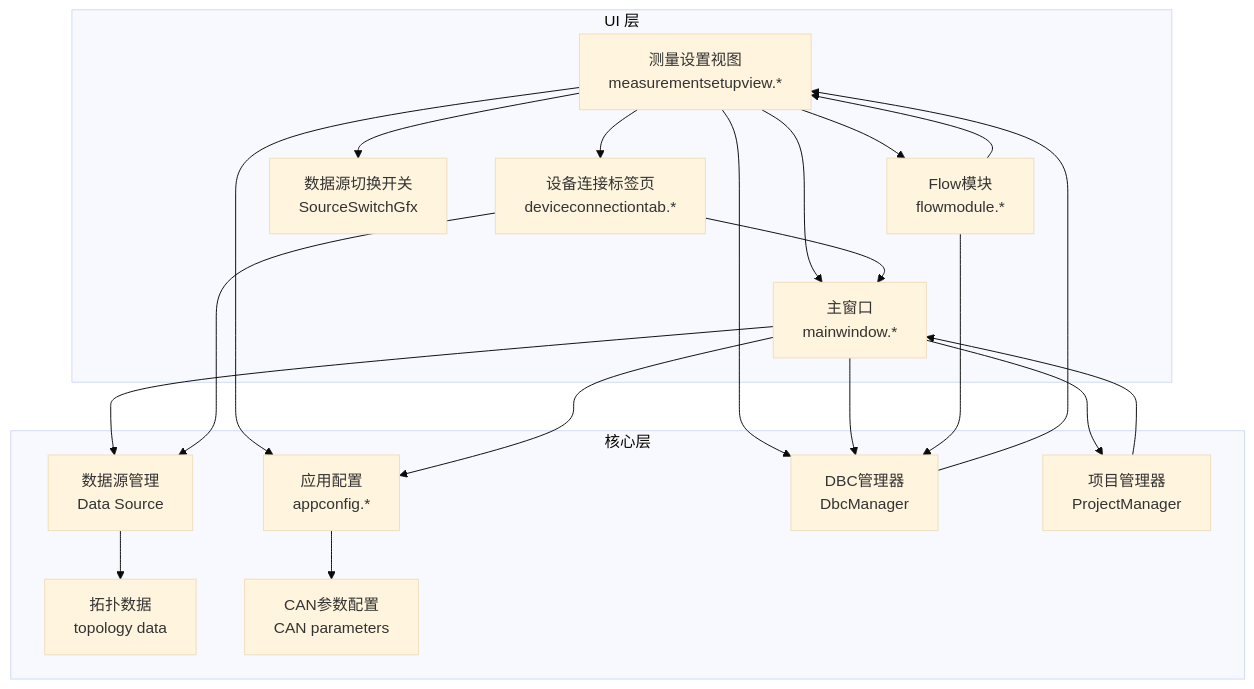
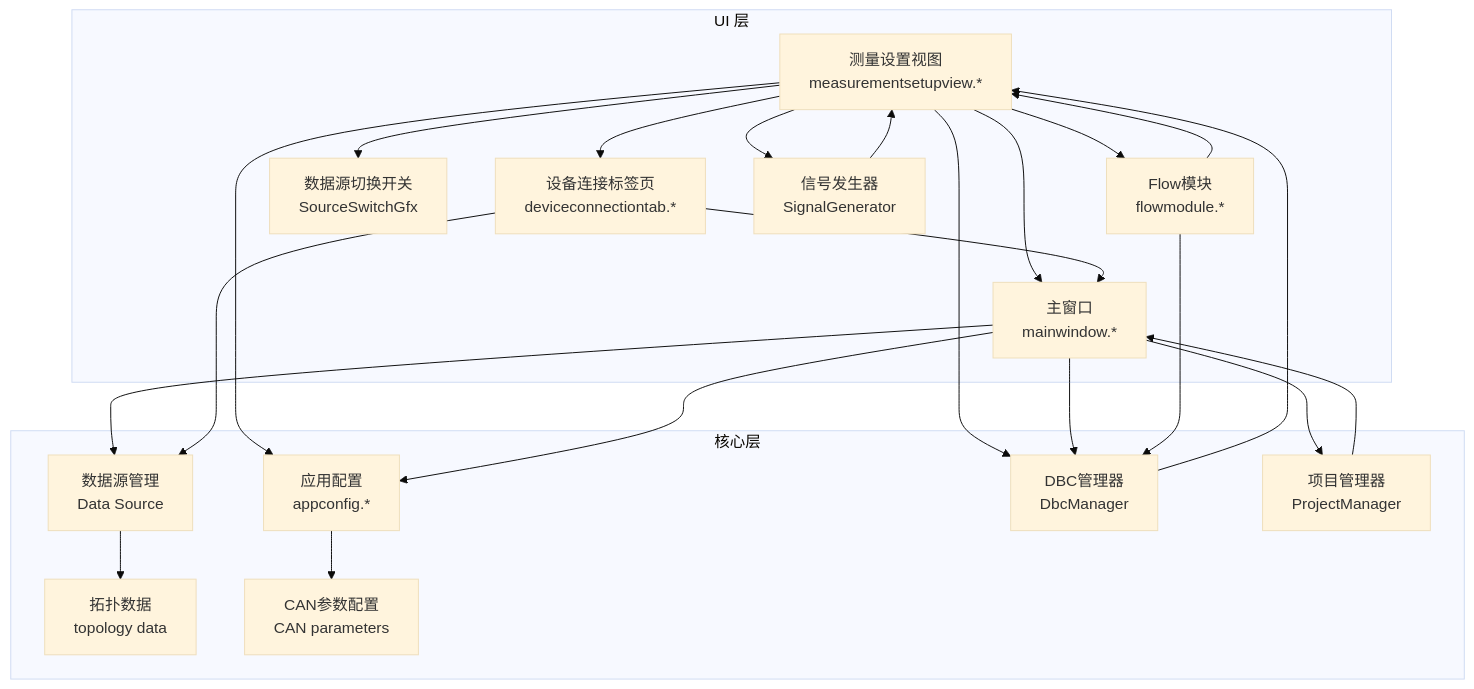
One commit to jakecai1225-design/OpenBus changed the first of 10 diagrams in .qoder/repowiki/zh/content/架构设计/UI系统设计/测量设置视图组件.md. Above: the diagram before and after it, drawn with Mermaid (base theme). The commit also changed other lines of this file and 14 other files, not shown here.

````diff
--- a/.qoder/repowiki/zh/content/架构设计/UI系统设计/测量设置视图组件.md
+++ b/.qoder/repowiki/zh/content/架构设计/UI系统设计/测量设置视图组件.md
@@ -48,36 +49,39 @@
 ```mermaid
 graph TB
 subgraph "UI 层"
 MSV["测量设置视图<br/>measurementsetupview.*"]
 MW["主窗口<br/>mainwindow.*"]
 DCT["设备连接标签页<br/>deviceconnectiontab.*"]
 SSG["数据源切换开关<br/>SourceSwitchGfx"]
 FM["Flow模块<br/>flowmodule.*"]
+SG["信号发生器<br/>SignalGenerator"]
 end
 subgraph "核心层"
 AC["应用配置<br/>appconfig.*"]
 TD["拓扑数据<br/>topology data"]
 CP["CAN参数配置<br/>CAN parameters"]
 DS["数据源管理<br/>Data Source"]
 DM["DBC管理器<br/>DbcManager"]
 PM["项目管理器<br/>ProjectManager"]
 end
 MSV --> MW
 MSV --> DCT
 MSV --> AC
 MSV --> SSG
 MSV --> FM
+MSV --> SG
 MSV --> DM
 MW --> AC
 MW --> DS
 MW --> PM
 MW --> DM
 DCT --> MW
 DCT --> DS
 AC --> CP
 DS --> TD
 DM --> MSV
 PM --> MW
 FM --> MSV
 FM --> DM
+SG --> MSV
 ```
````
